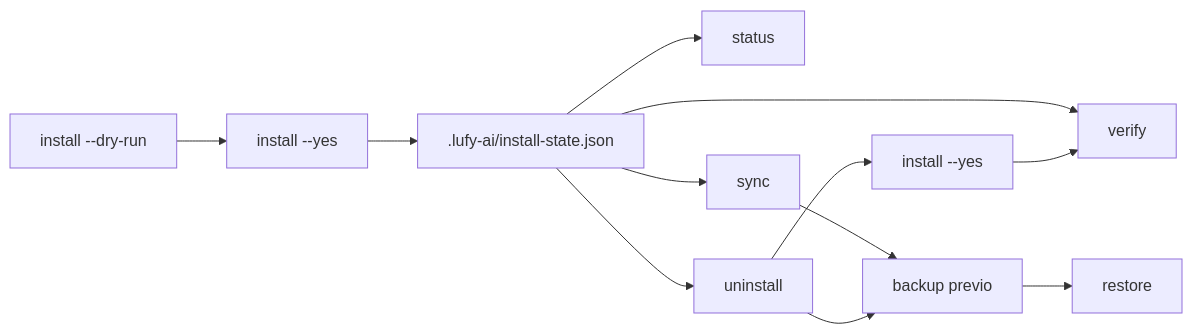
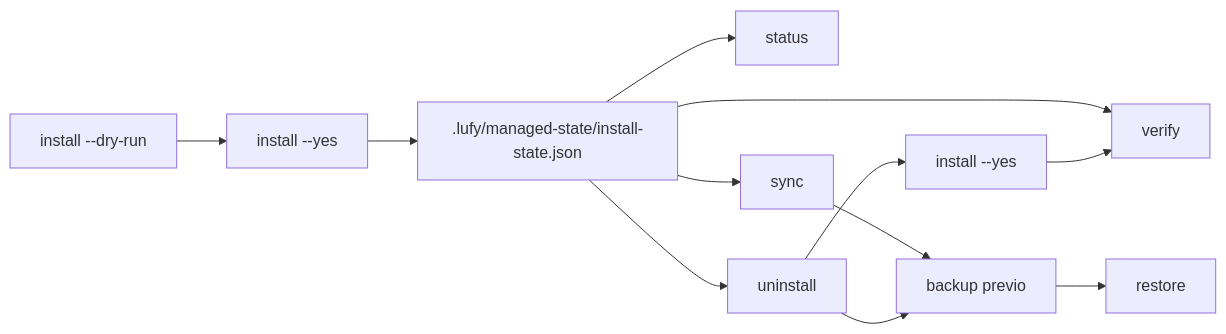
One commit to adrotech/lufy-ai changed the second of 2 diagrams in docs/architecture.md. Above: the diagram before and after it, drawn with Mermaid. The commit also changed other lines of this file and 132 other files, not shown here.

````diff
--- a/docs/architecture.md
+++ b/docs/architecture.md
@@ -82,14 +82,14 @@
 ```mermaid
 flowchart LR
     Plan["install --dry-run"] --> Install["install --yes"]
-    Install --> State[".lufy-ai/install-state.json"]
+    Install --> State[".lufy/managed-state/install-state.json"]
     State --> Verify["verify"]
     State --> Status["status"]
     State --> Sync["sync"]
     State --> Uninstall["uninstall"]
     Sync --> Backup["backup previo"]
     Uninstall --> Backup
     Backup --> Restore["restore"]
     Uninstall --> Reinstall["install --yes"]
     Reinstall --> Verify
 ```
````
